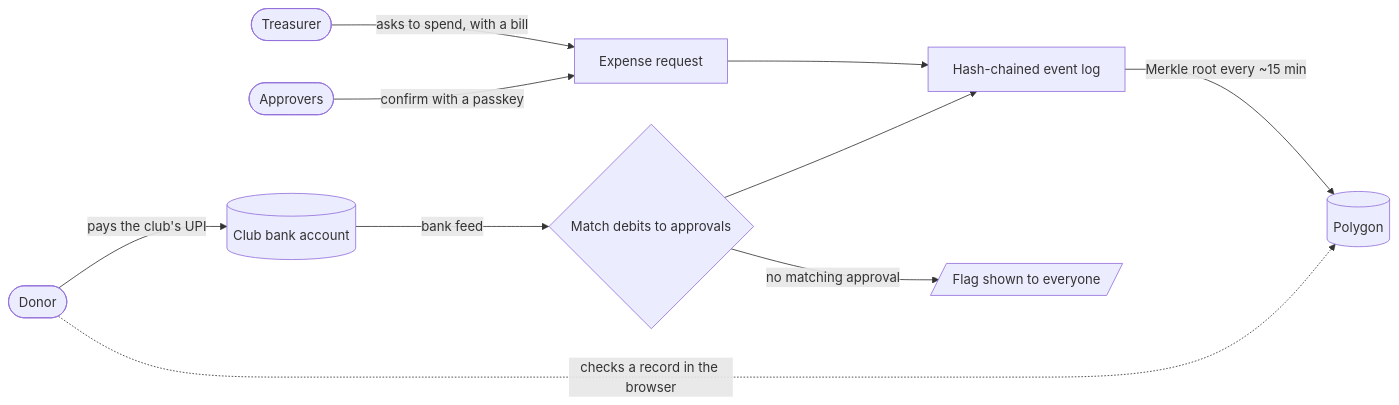
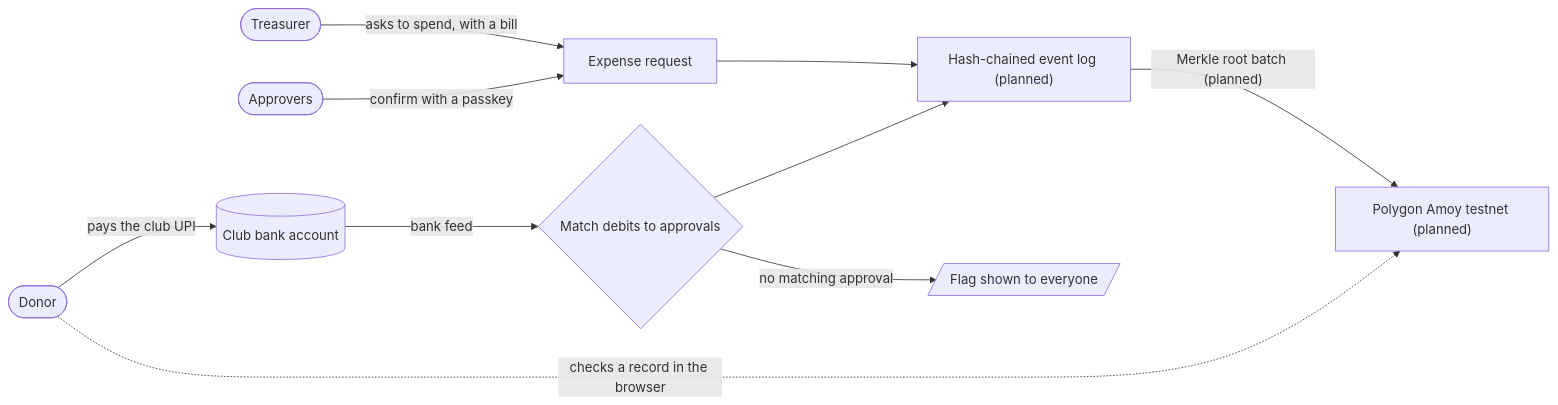
The diagram in README.md (aetosdios27/Yen), drawn with Mermaid before and after one commit. The commit also changed other lines of this file, not shown here.

````diff
--- a/README.md
+++ b/README.md
@@ -39,12 +35,12 @@
 ```mermaid
 flowchart LR
-    D([Donor]) -- pays the club's UPI --> B[(Club bank account)]
+    D([Donor]) -- pays the club UPI --> B[(Club bank account)]
     T([Treasurer]) -- asks to spend, with a bill --> R[Expense request]
     A([Approvers]) -- confirm with a passkey --> R
-    R --> L[Hash-chained event log]
+    R --> L["Hash-chained event log (planned)"]
     B -- bank feed --> M{Match debits to approvals}
     M -- no matching approval --> F[/Flag shown to everyone/]
     M --> L
-    L -- Merkle root every ~15 min --> C[(Polygon)]
+    L -- Merkle root batch (planned) --> C["Polygon Amoy testnet (planned)"]
     D -. checks a record in the browser .-> C
 ```
````
